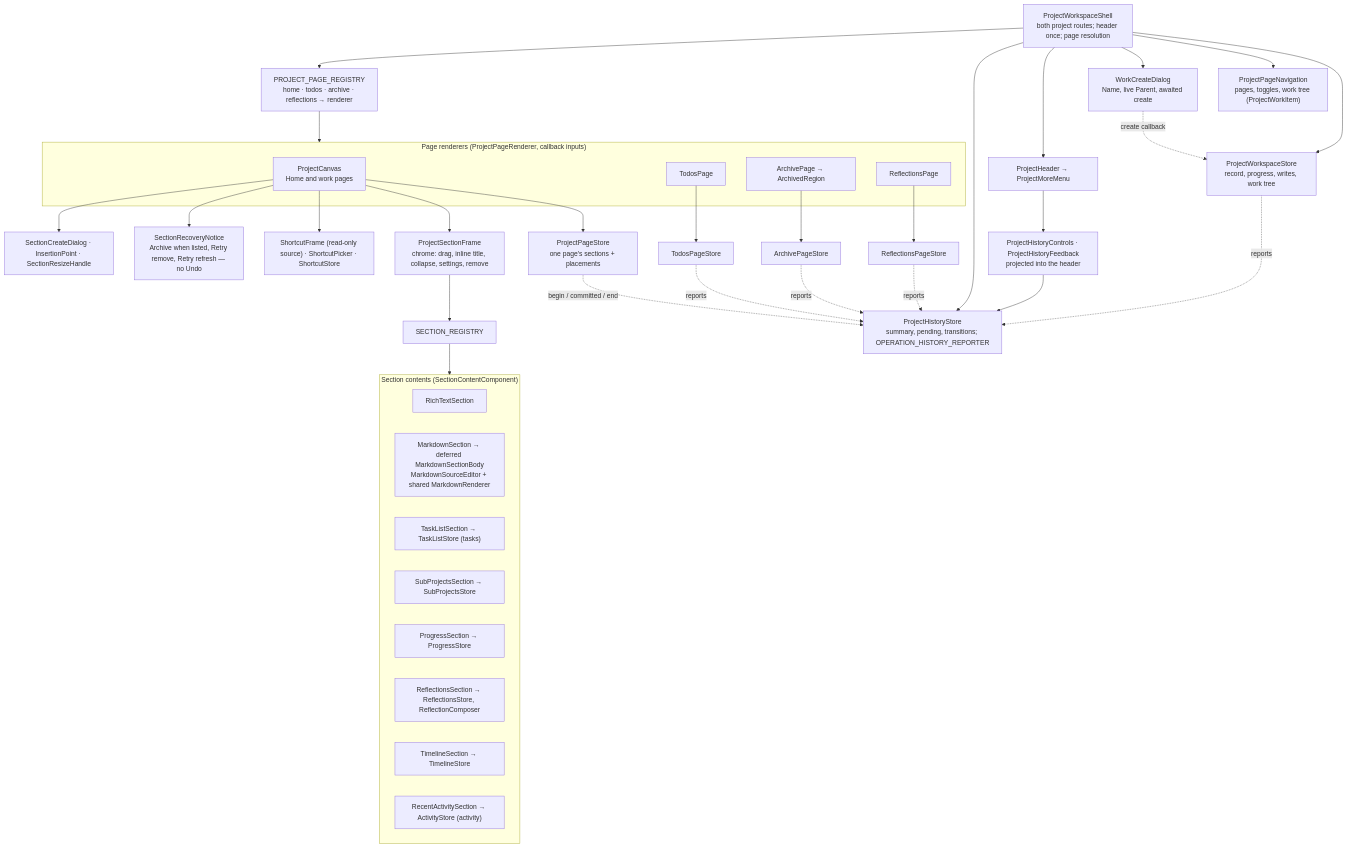
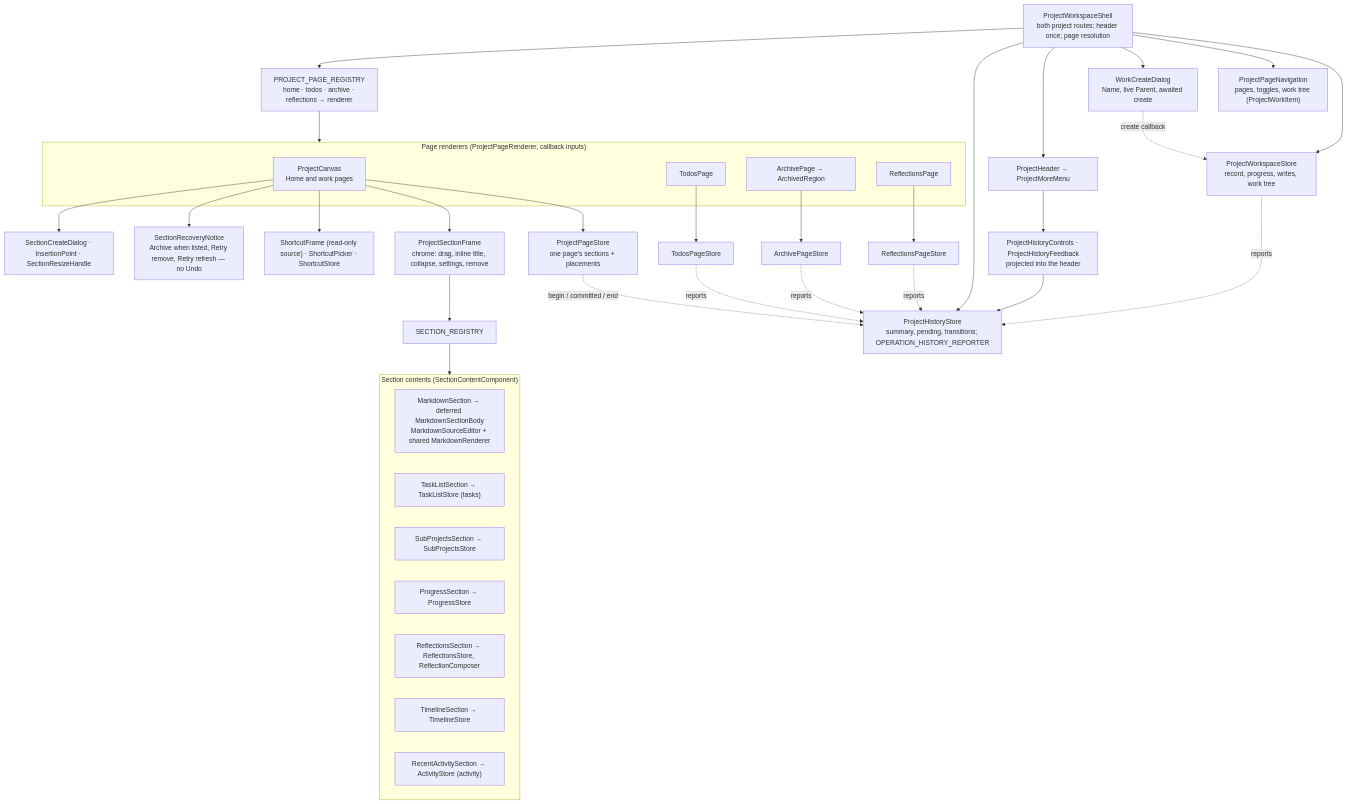
The first of 2 diagrams in docs/architecture/web/projects/what.md (CalciteDragon/Canvas-work-manager-prototype), drawn with Mermaid before and after one commit. The commit also changed other lines of this file and 28 other files, not shown here.

Commit message:
docs(slice63): living docs for schema v6 and the retired Rich Text type (§77)

````diff
--- a/docs/architecture/web/projects/what.md
+++ b/docs/architecture/web/projects/what.md
@@ -5,57 +5,56 @@
 ```mermaid
 flowchart TB
   shell["ProjectWorkspaceShell<br/>both project routes; header once; page resolution"]
   wstore["ProjectWorkspaceStore<br/>record, progress, writes, work tree"]
   nav["ProjectPageNavigation<br/>pages, toggles, work tree (ProjectWorkItem)"]
   workcreate["WorkCreateDialog<br/>Name, live Parent, awaited create"]
   header["ProjectHeader → ProjectMoreMenu"]
   hist["ProjectHistoryStore<br/>summary, pending, transitions; OPERATION_HISTORY_REPORTER"]
   controls["ProjectHistoryControls · ProjectHistoryFeedback<br/>projected into the header"]
   reg["PROJECT_PAGE_REGISTRY<br/>home · todos · archive · reflections → renderer"]
   subgraph renderers["Page renderers (ProjectPageRenderer, callback inputs)"]
     canvas["ProjectCanvas<br/>Home and work pages"]
     todos["TodosPage"]
     archive["ArchivePage → ArchivedRegion"]
     refl["ReflectionsPage"]
   end
   pstore["ProjectPageStore<br/>one page's sections + placements"]
   tstore["TodosPageStore"]
   astore["ArchivePageStore"]
   rstore["ReflectionsPageStore"]
   frame["ProjectSectionFrame<br/>chrome: drag, inline title, collapse, settings, remove"]
   sreg["SECTION_REGISTRY"]
   subgraph sections["Section contents (SectionContentComponent)"]
-    rt["RichTextSection"]
     md["MarkdownSection → deferred MarkdownSectionBody<br/>MarkdownSourceEditor + shared MarkdownRenderer"]
     tl["TaskListSection → TaskListStore (tasks)"]
     sp["SubProjectsSection → SubProjectsStore"]
     pg["ProgressSection → ProgressStore"]
     rf["ReflectionsSection → ReflectionsStore, ReflectionComposer"]
     tm["TimelineSection → TimelineStore"]
     ra["RecentActivitySection → ActivityStore (activity)"]
   end
   sc["ShortcutFrame (read-only source) · ShortcutPicker · ShortcutStore"]
   notice["SectionRecoveryNotice<br/>Archive when listed, Retry remove, Retry refresh — no Undo"]
   create["SectionCreateDialog · InsertionPoint · SectionResizeHandle"]
   shell --> wstore
   shell --> nav
   shell --> workcreate
   workcreate -. "create callback" .-> wstore
   shell --> header
   shell --> hist
   header --> controls --> hist
   pstore -. "begin / committed / end" .-> hist
   tstore -. reports .-> hist
   astore -. reports .-> hist
   rstore -. reports .-> hist
   wstore -. reports .-> hist
   shell --> reg --> renderers
   canvas --> pstore
   todos --> tstore
   archive --> astore
   refl --> rstore
   canvas --> frame --> sreg --> sections
   canvas --> sc
   canvas --> notice
   canvas --> create
 ```
````
